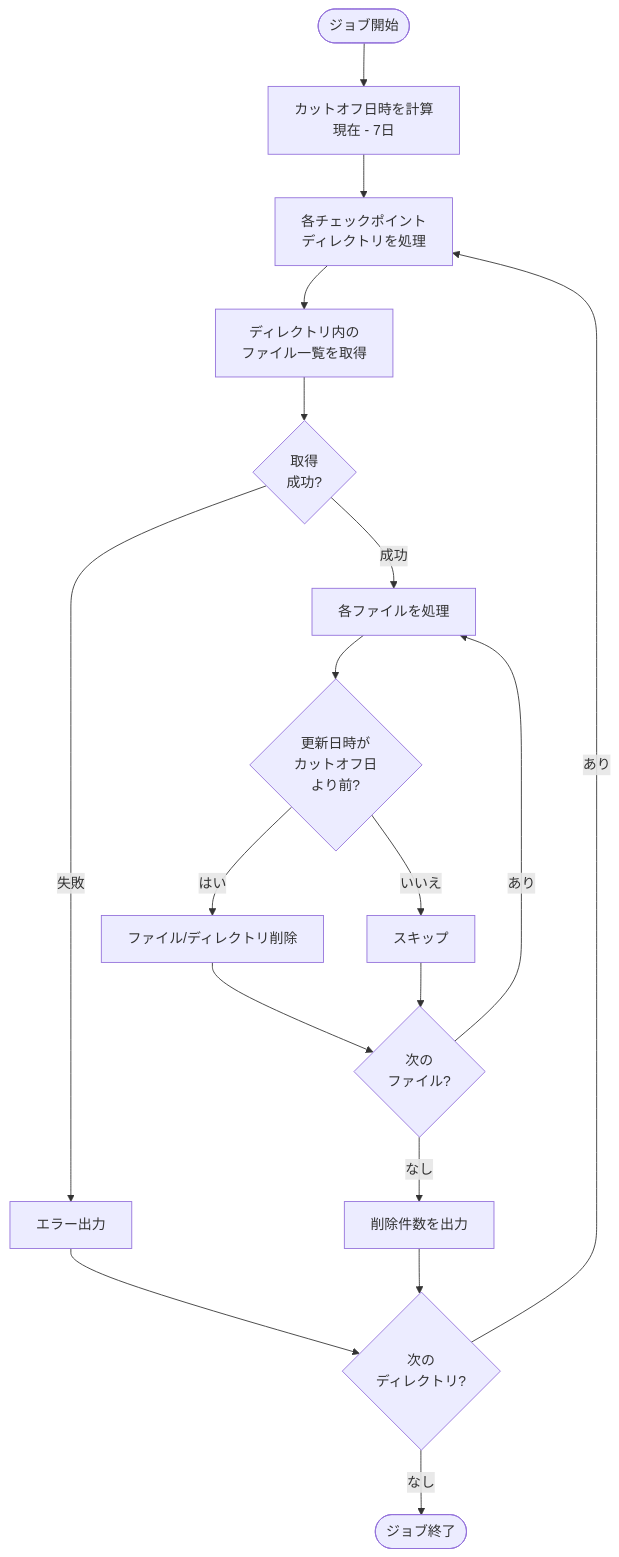
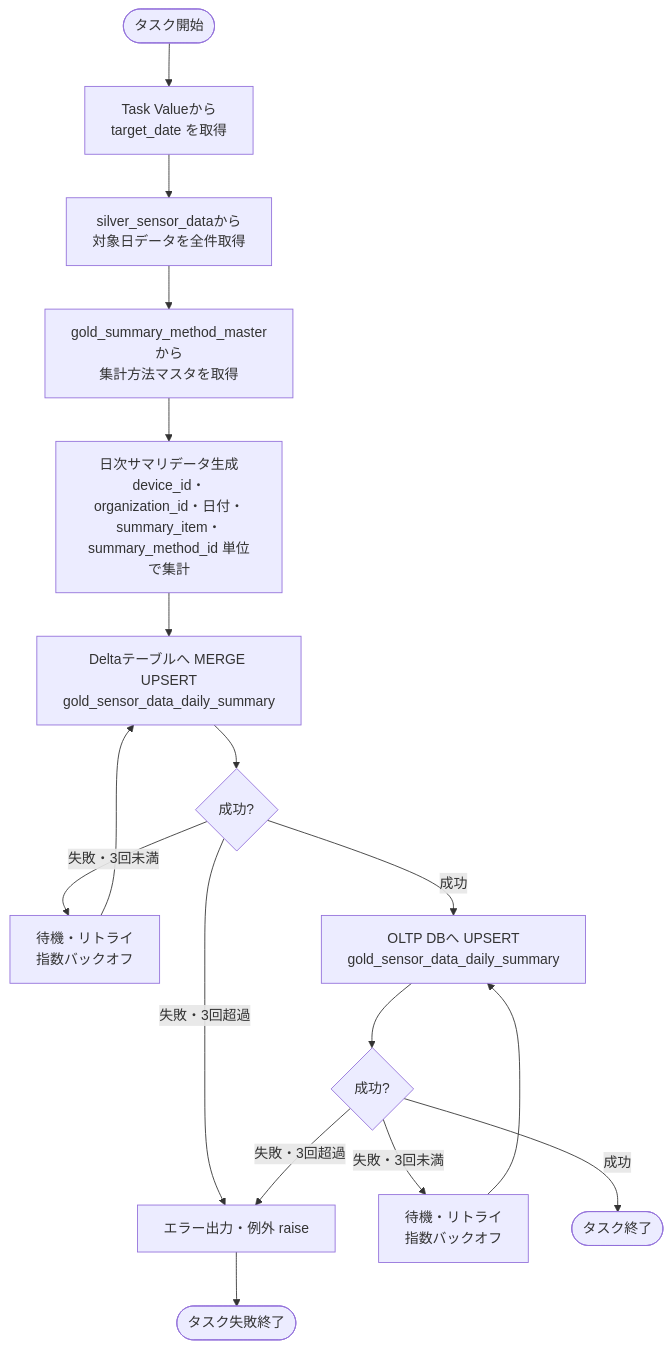
One commit to NSW-SVCP-AIWG002/Databricks-IoT changed the third of 3 diagrams in docs/03-features/batch/gold-data-overwrite/job-specification.md. Above: the diagram before and after it, drawn with Mermaid. The commit also changed other lines of this file and 3 other files, not shown here.

````diff
--- a/docs/03-features/batch/gold-data-overwrite/job-specification.md
+++ b/docs/03-features/batch/gold-data-overwrite/job-specification.md
@@ -330,27 +470,19 @@
 ```mermaid
 flowchart TD
-    Start([ジョブ開始]) --> Cutoff[カットオフ日時を計算<br>現在 - 7日]
-    Cutoff --> DirLoop[各チェックポイント<br>ディレクトリを処理]
-
-    DirLoop --> ListFiles[ディレクトリ内の<br>ファイル一覧を取得]
-    ListFiles --> ListResult{取得<br>成功?}
-
-    ListResult -->|失敗| DirError[エラー出力]
-    ListResult -->|成功| FileLoop[各ファイルを処理]
-
-    FileLoop --> CheckDate{更新日時が<br>カットオフ日<br>より前?}
-    CheckDate -->|はい| Delete[ファイル/ディレクトリ削除]
-    CheckDate -->|いいえ| Skip[スキップ]
-
-    Delete --> NextFile{次の<br>ファイル?}
-    Skip --> NextFile
-
-    NextFile -->|あり| FileLoop
-    NextFile -->|なし| Log[削除件数を出力]
-
-    DirError --> NextDir{次の<br>ディレクトリ?}
-    Log --> NextDir
-
-    NextDir -->|あり| DirLoop
-    NextDir -->|なし| End([ジョブ終了])
+    Start([タスク開始]) --> GetVal[Task Valueから<br>target_date を取得]
+    GetVal --> GetSilver[silver_sensor_dataから<br>対象日データを全件取得]
+    GetSilver --> GetMethod[gold_summary_method_masterから<br>集計方法マスタを取得]
+    GetMethod --> Gen[日次サマリデータ生成<br>device_id・organization_id・日付・<br>summary_item・summary_method_id 単位で集計]
+    Gen --> DeltaUpsert[Deltaテーブルへ MERGE UPSERT<br>gold_sensor_data_daily_summary]
+    DeltaUpsert --> DeltaResult{成功?}
+    DeltaResult -->|失敗・3回未満| DeltaRetry[待機・リトライ<br>指数バックオフ]
+    DeltaRetry --> DeltaUpsert
+    DeltaResult -->|失敗・3回超過| Error[エラー出力・例外 raise]
+    DeltaResult -->|成功| OLTPUpsert[OLTP DBへ UPSERT<br>gold_sensor_data_daily_summary]
+    OLTPUpsert --> OLTPResult{成功?}
+    OLTPResult -->|失敗・3回未満| OLTPRetry[待機・リトライ<br>指数バックオフ]
+    OLTPRetry --> OLTPUpsert
+    OLTPResult -->|失敗・3回超過| Error
+    OLTPResult -->|成功| End([タスク終了])
+    Error --> Fail([タスク失敗終了])
 ```
````
